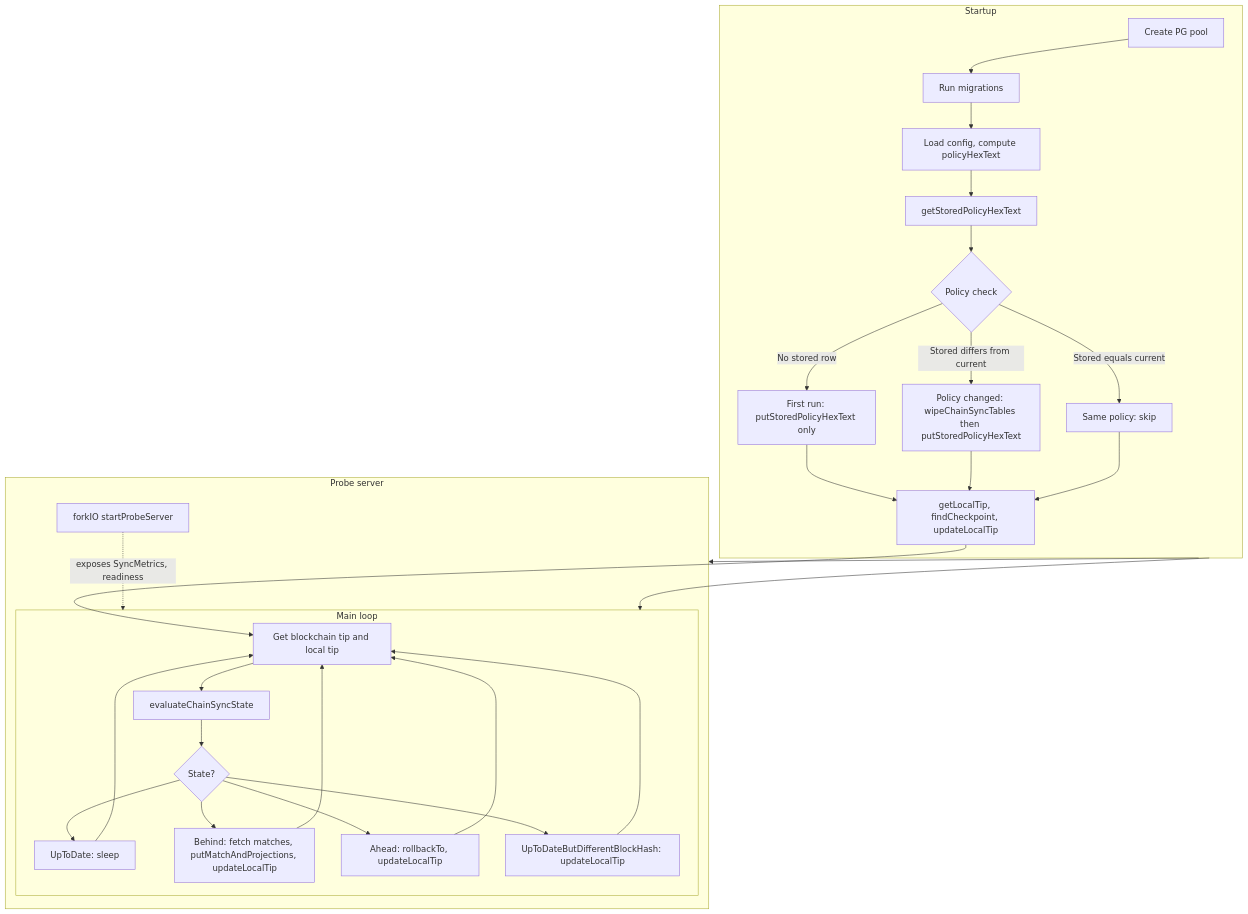
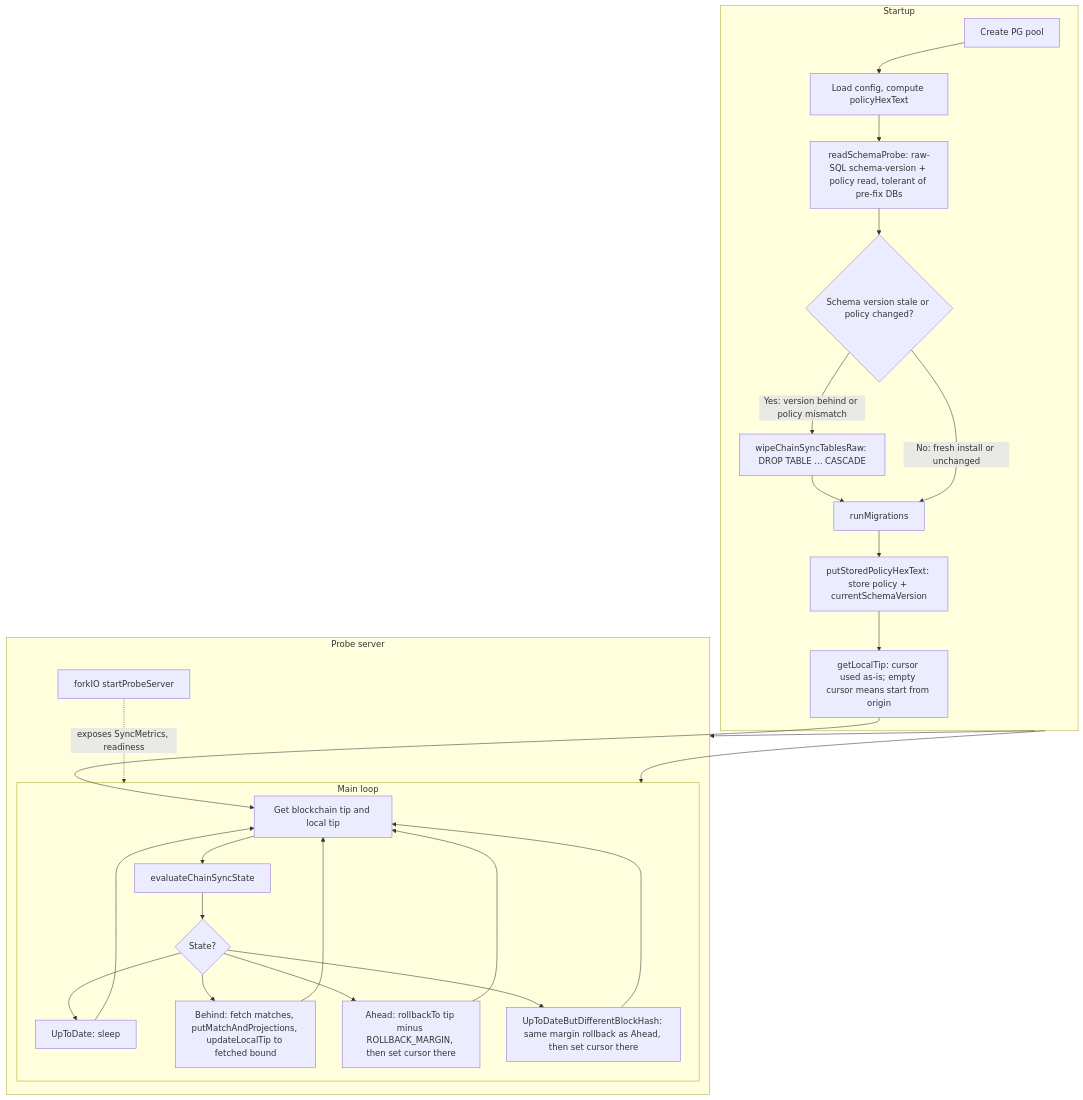
One commit to en7angled/Decentralized-Belt-System changed the diagram in docs/architecture/chain-sync.md. Above: the diagram before and after it, drawn with Mermaid. The commit also changed other lines of this file and 1 other file, not shown here.

````diff
--- a/docs/architecture/chain-sync.md
+++ b/docs/architecture/chain-sync.md
@@ -24,45 +24,44 @@
 ```mermaid
 flowchart TB
   subgraph startup [Startup]
     A[Create PG pool]
-    B[Run migrations]
     C[Load config, compute policyHexText]
-    D[getStoredPolicyHexText]
-    E{Policy check}
-    F[First run: putStoredPolicyHexText only]
-    G[Policy changed: wipeChainSyncTables then putStoredPolicyHexText]
-    H[Same policy: skip]
-    I[getLocalTip, findCheckpoint, updateLocalTip]
-    A --> B --> C --> D --> E
-    E -->|No stored row| F --> I
-    E -->|Stored differs from current| G --> I
-    E -->|Stored equals current| H --> I
+    D[readSchemaProbe: raw-SQL schema-version + policy read, tolerant of pre-fix DBs]
+    E{Schema version stale or policy changed?}
+    G[wipeChainSyncTablesRaw: DROP TABLE ... CASCADE]
+    B[runMigrations]
+    S[putStoredPolicyHexText: store policy + currentSchemaVersion]
+    I[getLocalTip: cursor used as-is; empty cursor means start from origin]
+    A --> C --> D --> E
+    E -->|Yes: version behind or policy mismatch| G --> B
+    E -->|No: fresh install or unchanged| B
+    B --> S --> I
   end
 
   subgraph loop [Main loop]
     J[Get blockchain tip and local tip]
     K[evaluateChainSyncState]
     L{State?}
     M[UpToDate: sleep]
-    N[Behind: fetch matches, putMatchAndProjections, updateLocalTip]
-    O[Ahead: rollbackTo, updateLocalTip]
-    P[UpToDateButDifferentBlockHash: updateLocalTip]
+    N[Behind: fetch matches, putMatchAndProjections, updateLocalTip to fetched bound]
+    O[Ahead: rollbackTo tip minus ROLLBACK_MARGIN, then set cursor there]
+    P[UpToDateButDifferentBlockHash: same margin rollback as Ahead, then set cursor there]
     I --> J
     J --> K --> L
     L --> M
     L --> N
     L --> O
     L --> P
     M --> J
     N --> J
     O --> J
     P --> J
   end
 
   subgraph probe [Probe server]
     Q[forkIO startProbeServer]
     Q -.->|exposes SyncMetrics, readiness| loop
   end
   startup --> probe
   startup --> loop
 ```
````
